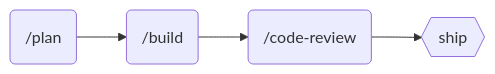
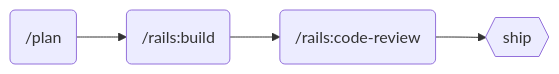
One commit to majesticlabs-dev/majestic-marketplace changed the diagram in plugins/majestic-rails/README.md. Above: the diagram before and after it, drawn with Mermaid. The commit also changed other lines of this file and 5 other files, not shown here.

````diff
--- a/plugins/majestic-rails/README.md
+++ b/plugins/majestic-rails/README.md
@@ -13,6 +13,6 @@
 ```mermaid
 graph LR
-    A(/plan) --> B(/build)
-    B --> C(/code-review)
+    A(/plan) --> B(/rails:build)
+    B --> C(/rails:code-review)
     C --> D{{ship}}
 ```
````
